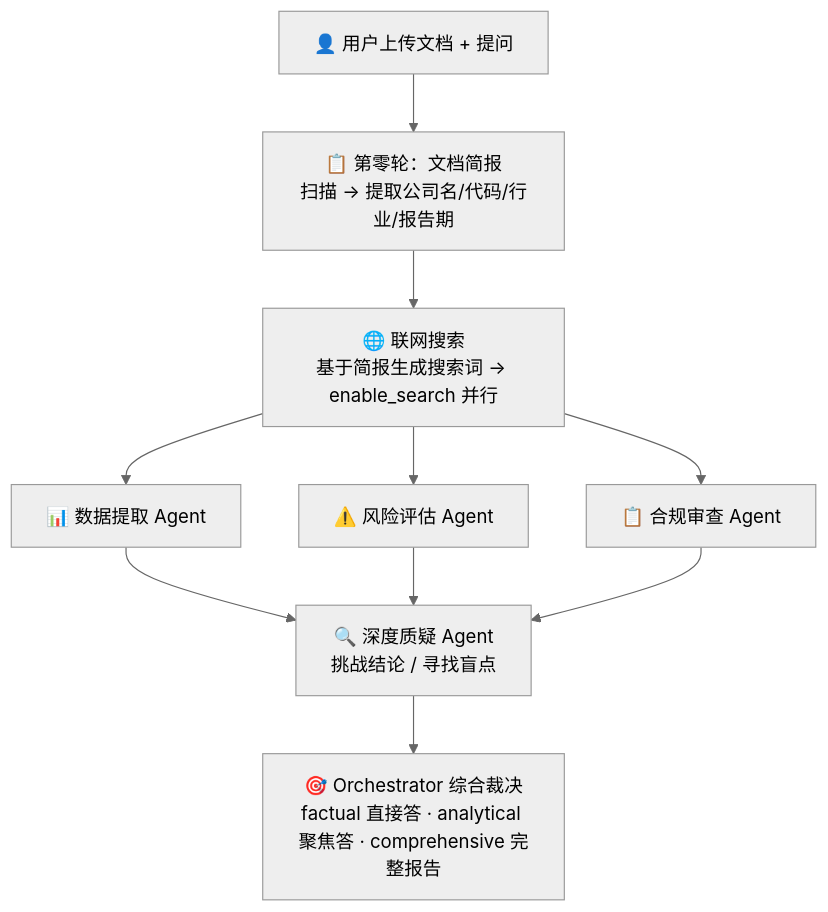
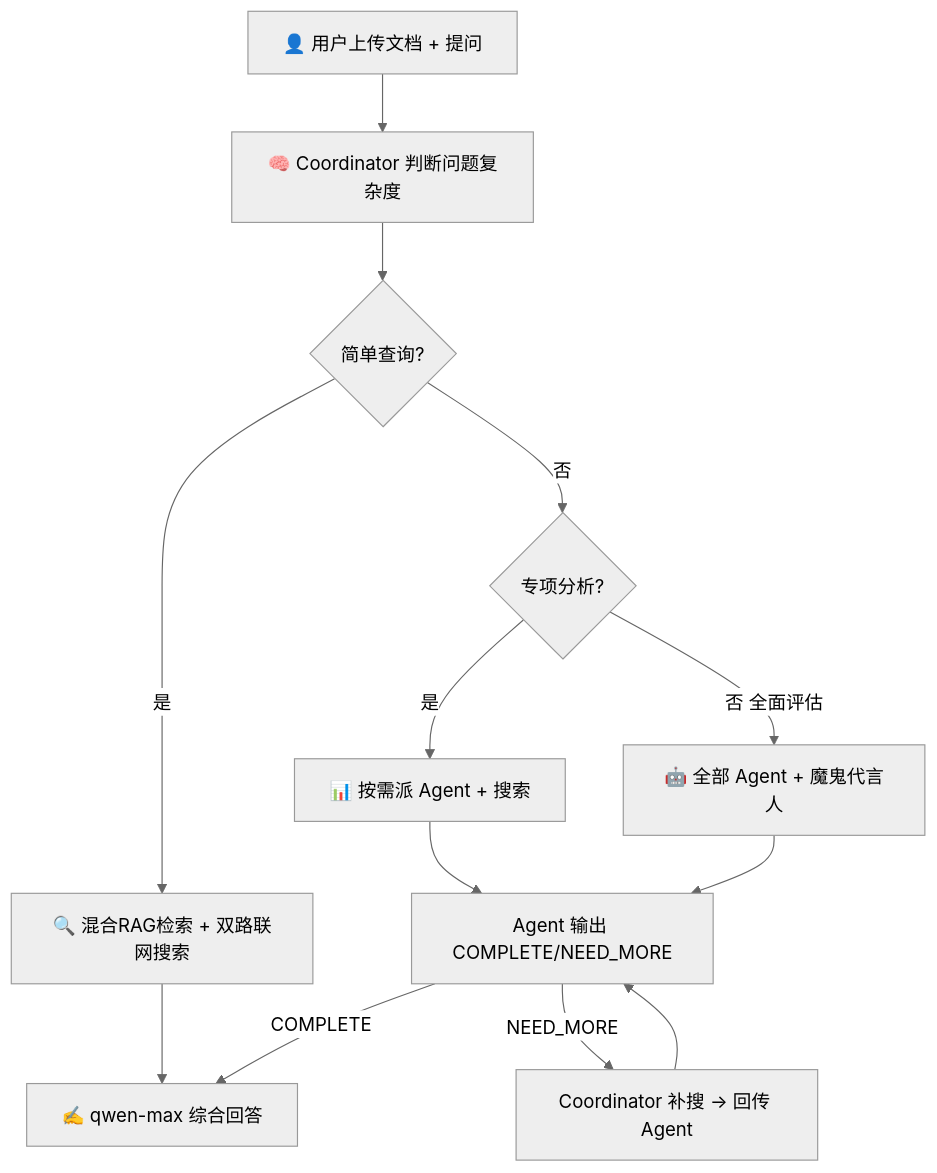
The diagram in README.md (leokiy/finrisk-multiagent), drawn with Mermaid (neutral theme) before and after one commit. The commit also changed other lines of this file, not shown here.

````diff
--- a/README.md
+++ b/README.md
@@ -38,13 +37,16 @@
 ```mermaid
 flowchart TB
     A[👤 用户上传文档 + 提问]
-    A --> B[📋 第零轮：文档简报<br/>扫描 → 提取公司名/代码/行业/报告期]
-    B --> C[🌐 联网搜索<br/>基于简报生成搜索词 → enable_search 并行]
-    C --> D[📊 数据提取 Agent]
-    C --> E[⚠️ 风险评估 Agent]
-    C --> F[📋 合规审查 Agent]
-    D --> G[🔍 深度质疑 Agent<br/>挑战结论 / 寻找盲点]
-    E --> G
-    F --> G
-    G --> H[🎯 Orchestrator 综合裁决<br/>factual 直接答 · analytical 聚焦答 · comprehensive 完整报告]
+    A --> B[🧠 Coordinator 判断问题复杂度]
+    B --> C{简单查询?}
+    C -->|是| D[🔍 混合RAG检索 + 双路联网搜索]
+    D --> E[✍️ qwen-max 综合回答]
+    C -->|否| F{专项分析?}
+    F -->|是| G[📊 按需派 Agent + 搜索]
+    G --> H[Agent 输出 COMPLETE/NEED_MORE]
+    H -->|NEED_MORE| I[Coordinator 补搜 → 回传 Agent]
+    I --> H
+    H -->|COMPLETE| E
+    F -->|否 全面评估| J[🤖 全部 Agent + 魔鬼代言人]
+    J --> H
 ```
````
